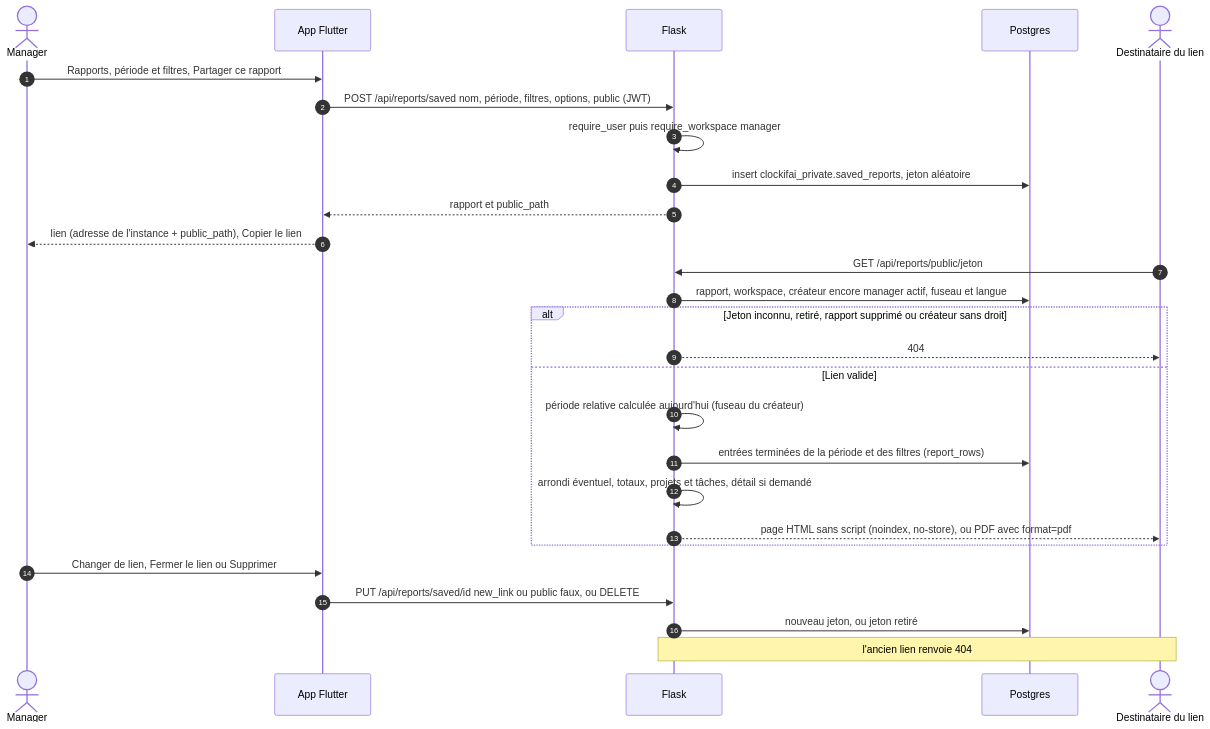
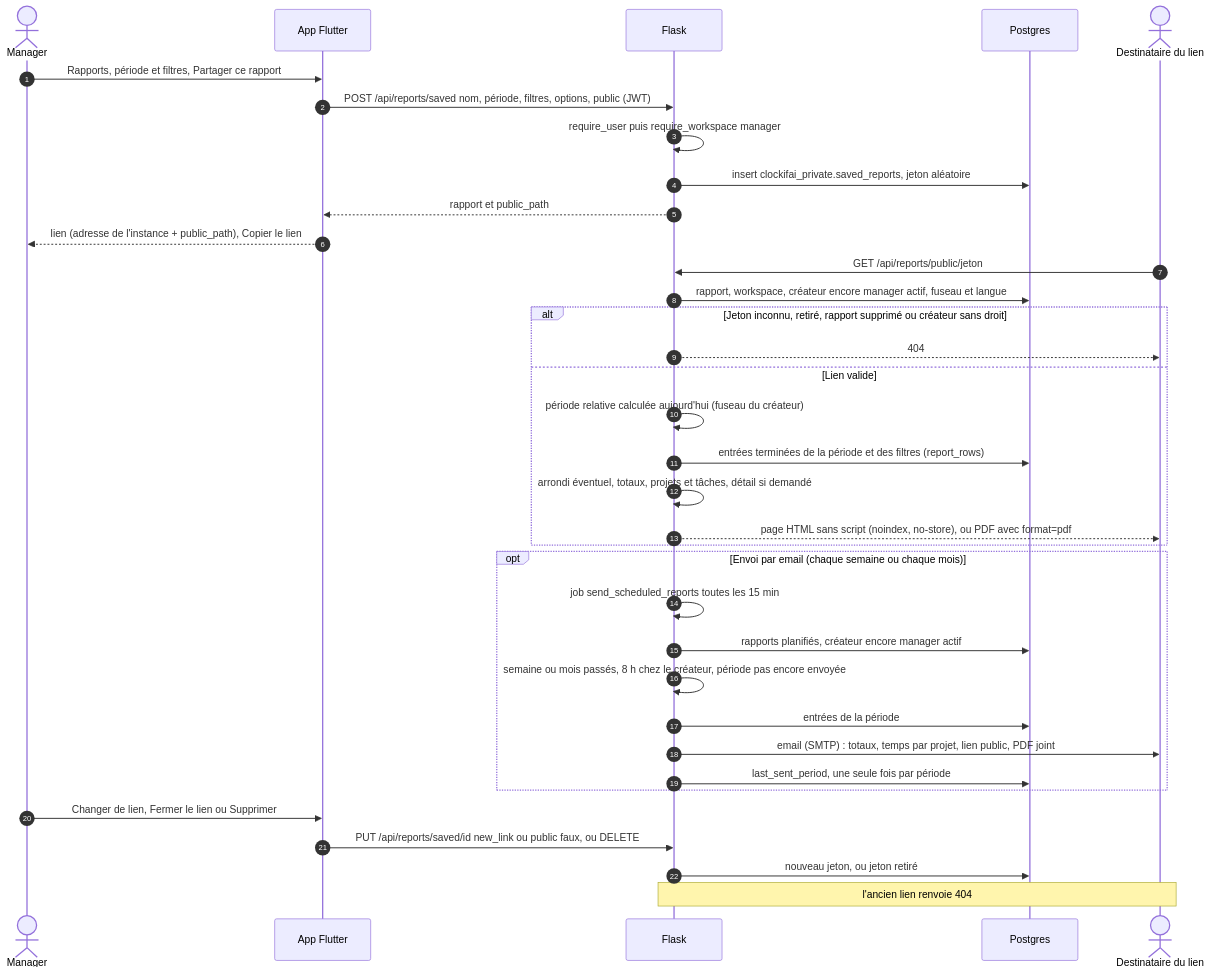
The diagram in docs/api/sequences/rapport-partage.md (ysimonx/Clockifai), drawn with Mermaid before and after one commit. The commit also changed other lines of this file and 25 other files, not shown here.

First line of the commit message:
Plan 18, lot 4 : rapports envoyés par email

````diff
--- a/docs/api/sequences/rapport-partage.md
+++ b/docs/api/sequences/rapport-partage.md
@@ -7,32 +8,41 @@
 ```mermaid
 sequenceDiagram
     autonumber
     actor M as Manager
     participant App as App Flutter
     participant F as Flask
     participant PG as Postgres
     actor C as Destinataire du lien
 
     M->>App: Rapports, période et filtres, Partager ce rapport
     App->>F: POST /api/reports/saved nom, période, filtres, options, public (JWT)
     F->>F: require_user puis require_workspace manager
     F->>PG: insert clockifai_private.saved_reports, jeton aléatoire
     F-->>App: rapport et public_path
     App-->>M: lien (adresse de l'instance + public_path), Copier le lien
 
     C->>F: GET /api/reports/public/jeton
     F->>PG: rapport, workspace, créateur encore manager actif, fuseau et langue
     alt Jeton inconnu, retiré, rapport supprimé ou créateur sans droit
         F-->>C: 404
     else Lien valide
         F->>F: période relative calculée aujourd'hui (fuseau du créateur)
         F->>PG: entrées terminées de la période et des filtres (report_rows)
         F->>F: arrondi éventuel, totaux, projets et tâches, détail si demandé
         F-->>C: page HTML sans script (noindex, no-store), ou PDF avec format=pdf
     end
 
+    opt Envoi par email (chaque semaine ou chaque mois)
+        F->>F: job send_scheduled_reports toutes les 15 min
+        F->>PG: rapports planifiés, créateur encore manager actif
+        F->>F: semaine ou mois passés, 8 h chez le créateur, période pas encore envoyée
+        F->>PG: entrées de la période
+        F->>C: email (SMTP) : totaux, temps par projet, lien public, PDF joint
+        F->>PG: last_sent_period, une seule fois par période
+    end
+
     M->>App: Changer de lien, Fermer le lien ou Supprimer
     App->>F: PUT /api/reports/saved/id new_link ou public faux, ou DELETE
     F->>PG: nouveau jeton, ou jeton retiré
     Note over C,F: l'ancien lien renvoie 404
 ```
````
